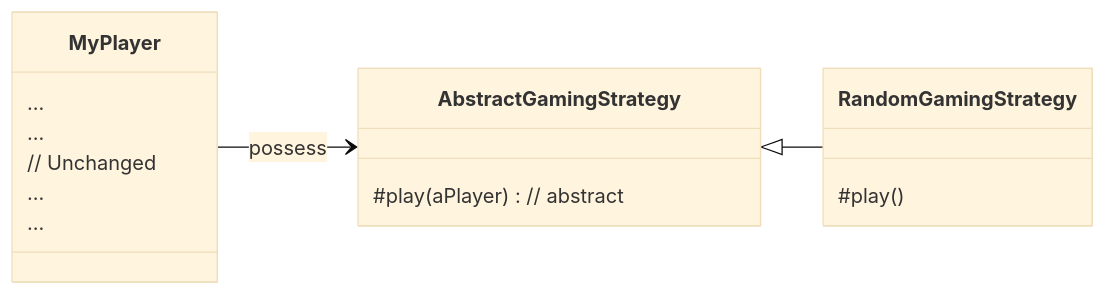
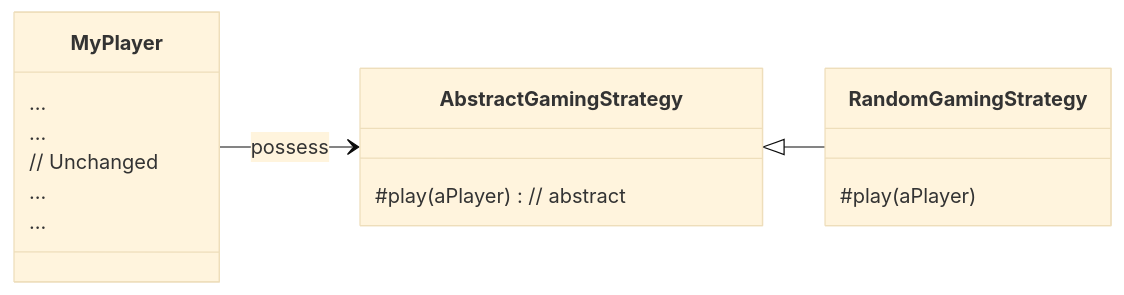
One commit to UnivLille-Meta/Miage-C3P changed the first of 2 diagrams in groups/deloison-dacosta/report_week05.md. Above: the diagram before and after it, drawn with Mermaid (base theme). The commit also changed other lines of this file, not shown here.

`````diff
--- a/groups/deloison-dacosta/report_week05.md
+++ b/groups/deloison-dacosta/report_week05.md
@@ -69,25 +69,25 @@
 ```mermaid
 %% LR = Left to Right
 classDiagram
 direction LR
 
 %% --- Hiérarchie à gauche ---
     class AbstractGamingStrategy{
         #play(aPlayer) // abstract
     }
 
     class RandomGamingStrategy {
-        #play()
+        #play(aPlayer)
     }
 
     class MyPlayer {
         ...
         ...
         // Unchanged
         ...
         ...
     }
 
     MyPlayer --> AbstractGamingStrategy : possess
     AbstractGamingStrategy <|-- RandomGamingStrategy
 ````
`````
